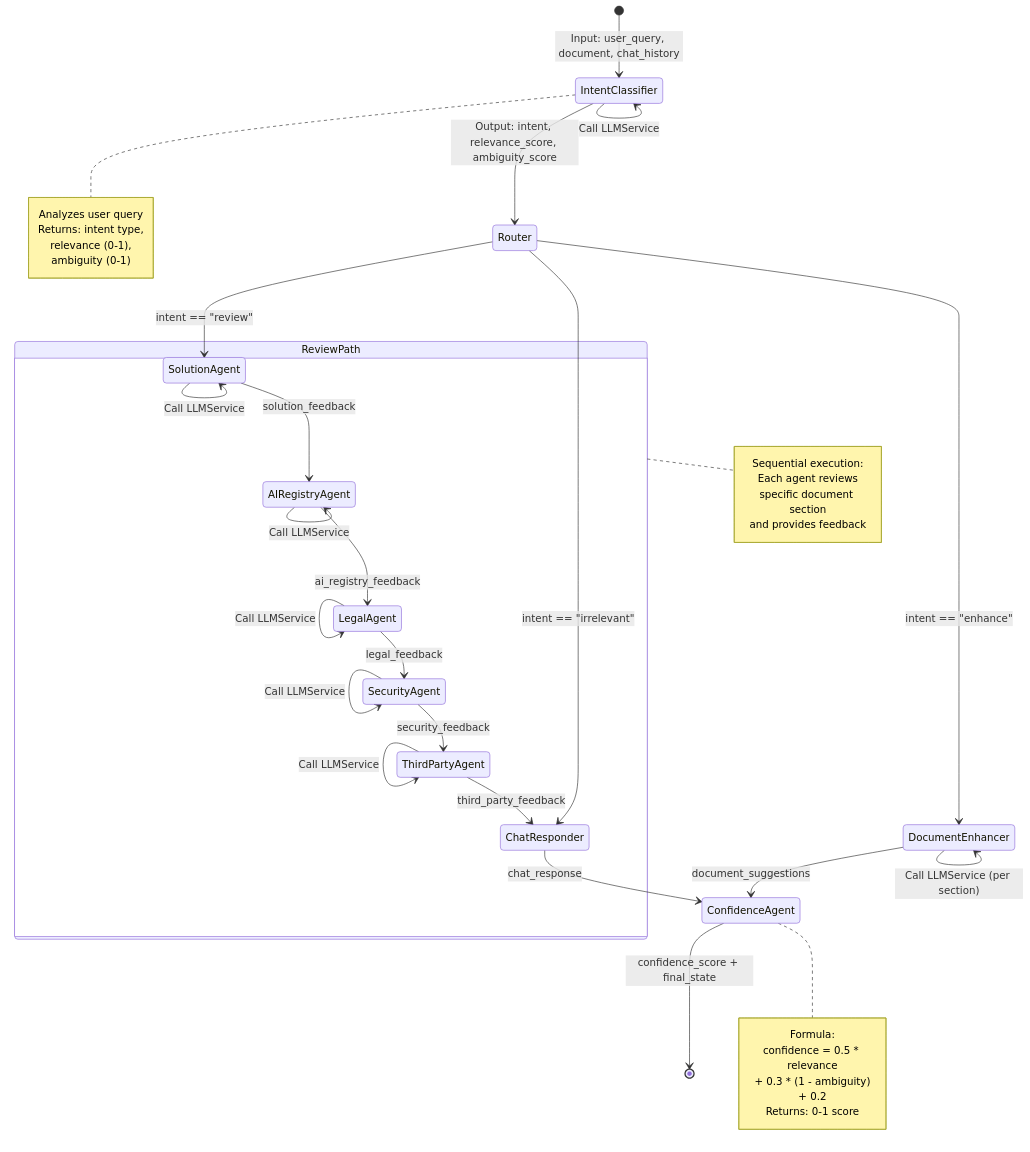
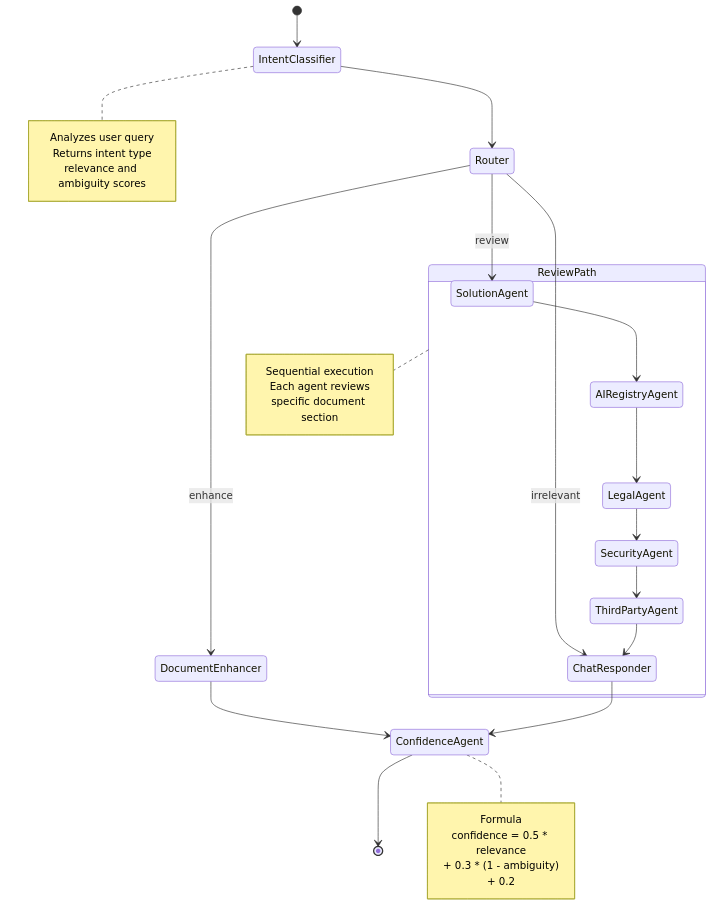
One commit to Harsha-Reddy21/multi-agent-idea-generator changed the second of 5 diagrams in AGENT_ARCHITECTURE.md. Above: the diagram before and after it, drawn with Mermaid. The commit also changed 1 other file, not shown here.

Commit message:
Mermaid diagram

````diff
--- a/AGENT_ARCHITECTURE.md
+++ b/AGENT_ARCHITECTURE.md
@@ -57,57 +57,41 @@
 ```mermaid
 stateDiagram-v2
-    [*] --> IntentClassifier: Input: user_query, document, chat_history
+    [*] --> IntentClassifier
     
-    IntentClassifier --> IntentClassifier: Call LLMService
-    IntentClassifier --> Router: Output: intent, relevance_score, ambiguity_score
+    IntentClassifier --> Router
     
-    Router --> SolutionAgent: intent == "review"
-    Router --> DocumentEnhancer: intent == "enhance"
-    Router --> ChatResponder: intent == "irrelevant"
+    Router --> SolutionAgent: review
+    Router --> DocumentEnhancer: enhance
+    Router --> ChatResponder: irrelevant
     
     state ReviewPath {
-        SolutionAgent --> SolutionAgent: Call LLMService
-        SolutionAgent --> AIRegistryAgent: solution_feedback
-        
-        AIRegistryAgent --> AIRegistryAgent: Call LLMService
-        AIRegistryAgent --> LegalAgent: ai_registry_feedback
-        
-        LegalAgent --> LegalAgent: Call LLMService
-        LegalAgent --> SecurityAgent: legal_feedback
-        
-        SecurityAgent --> SecurityAgent: Call LLMService
-        SecurityAgent --> ThirdPartyAgent: security_feedback
-        
-        ThirdPartyAgent --> ThirdPartyAgent: Call LLMService
-        ThirdPartyAgent --> ChatResponder: third_party_feedback
+        SolutionAgent --> AIRegistryAgent
+        AIRegistryAgent --> LegalAgent
+        LegalAgent --> SecurityAgent
+        SecurityAgent --> ThirdPartyAgent
+        ThirdPartyAgent --> ChatResponder
     }
     
-    DocumentEnhancer --> DocumentEnhancer: Call LLMService (per section)
-    DocumentEnhancer --> ConfidenceAgent: document_suggestions
-    
-    ChatResponder --> ConfidenceAgent: chat_response
-    
-    ConfidenceAgent --> [*]: confidence_score + final_state
+    DocumentEnhancer --> ConfidenceAgent
+    ChatResponder --> ConfidenceAgent
+    ConfidenceAgent --> [*]
     
     note right of IntentClassifier
         Analyzes user query
-        Returns: intent type,
-        relevance (0-1),
-        ambiguity (0-1)
+        Returns intent type
+        relevance and ambiguity scores
     end note
     
     note right of ReviewPath
-        Sequential execution:
+        Sequential execution
         Each agent reviews
         specific document section
-        and provides feedback
     end note
     
     note right of ConfidenceAgent
-        Formula:
+        Formula
         confidence = 0.5 * relevance
         + 0.3 * (1 - ambiguity)
         + 0.2
-        Returns: 0-1 score
     end note
 ```
````
